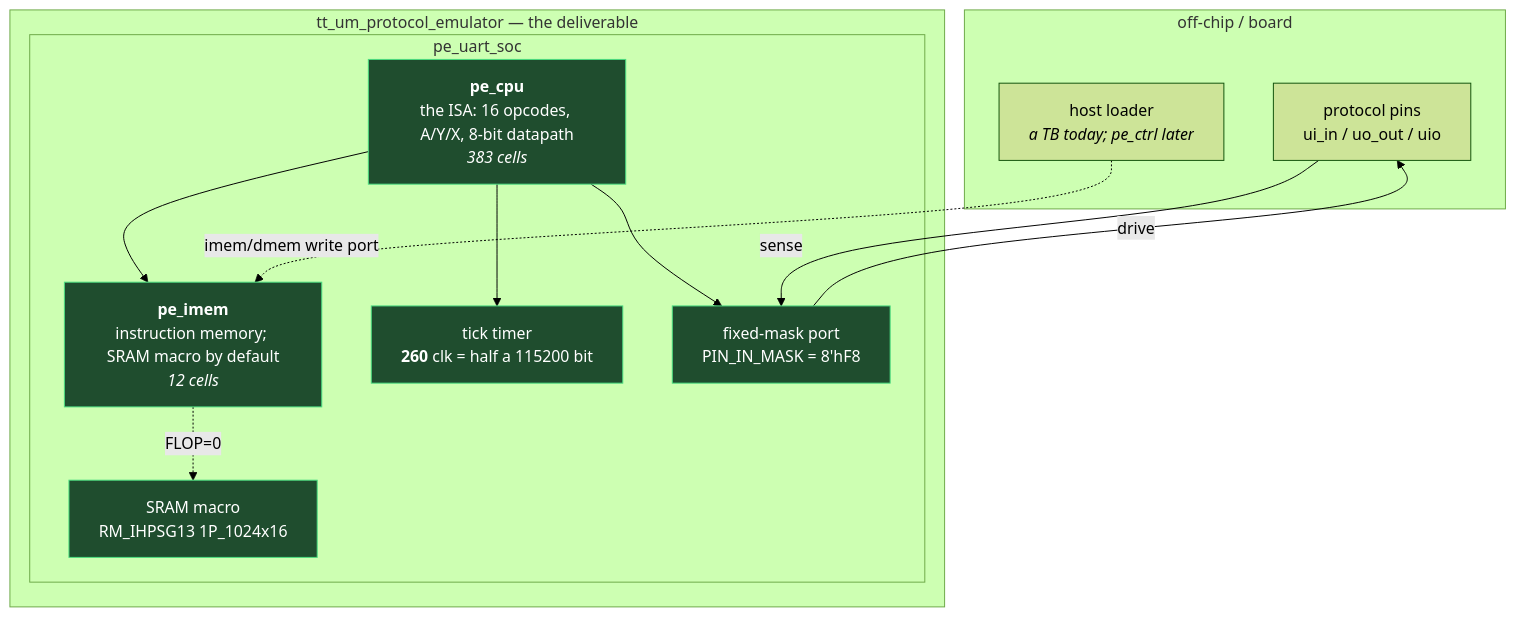
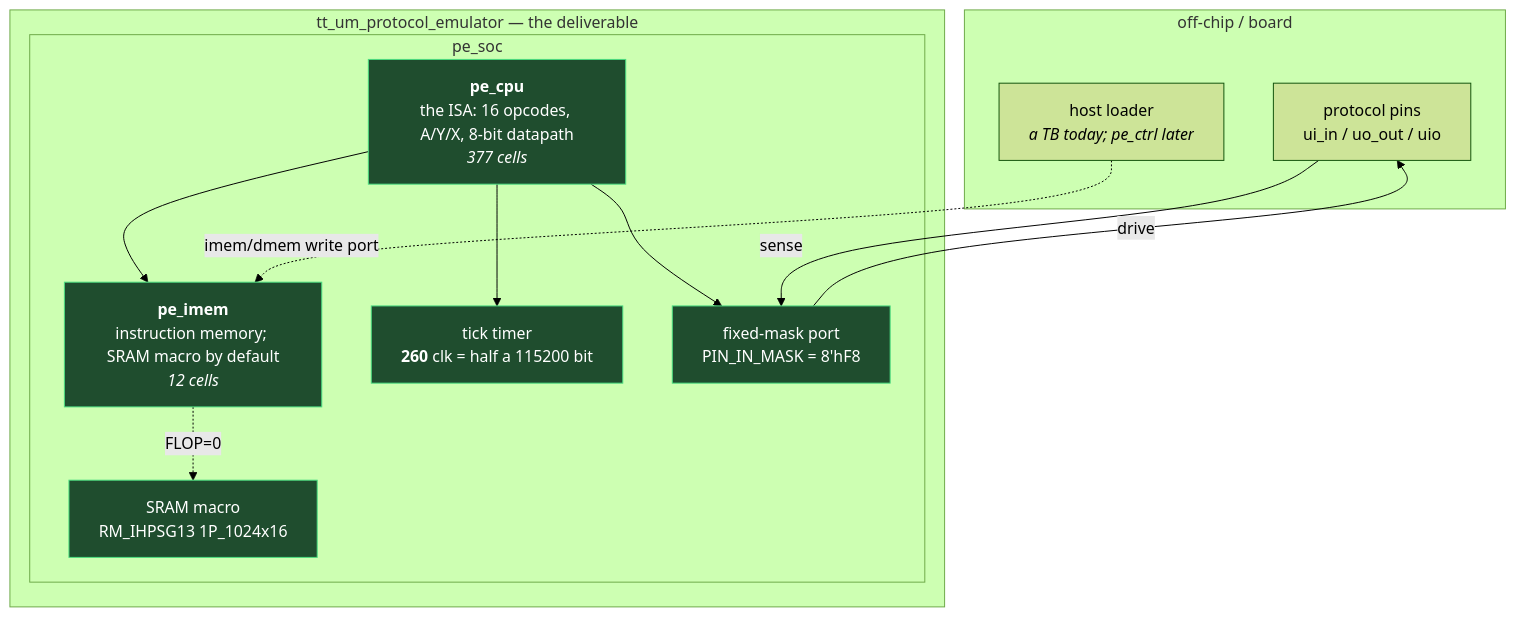
The first of 2 diagrams in wiki/reference/block-diagram.md (smprather/janestreet-blog-serial-protocol-emulator), drawn with Mermaid (forest theme) before and after one commit. The commit also changed other lines of this file and 120 other files, not shown here.

````diff
--- a/wiki/reference/block-diagram.md
+++ b/wiki/reference/block-diagram.md
@@ -30,29 +30,29 @@
 ```mermaid
 flowchart TB
     subgraph BOARD["off-chip / board"]
         HOST["host loader<br/><i>a TB today; pe_ctrl later</i>"]
         WIRE["protocol pins<br/>ui_in / uo_out / uio"]
     end
 
     subgraph TT["tt_um_protocol_emulator — the deliverable"]
-        subgraph SOC["pe_uart_soc"]
-            CPU["<b>pe_cpu</b><br/>the ISA: 16 opcodes, A/Y/X, 8-bit datapath<br/><i>383 cells</i>"]
+        subgraph SOC["pe_soc"]
+            CPU["<b>pe_cpu</b><br/>the ISA: 16 opcodes, A/Y/X, 8-bit datapath<br/><i>377 cells</i>"]
             IMEM["<b>pe_imem</b><br/>instruction memory; SRAM macro by default<br/><i>12 cells</i>"]
             TICK["tick timer<br/><b>260</b> clk = half a 115200 bit"]
             PORT["fixed-mask port<br/>PIN_IN_MASK = 8'hF8"]
             CPU --> IMEM
             CPU --> TICK
             CPU --> PORT
             IMEM -.->|FLOP=0| SRAM
         end
         SRAM["SRAM macro<br/>RM_IHPSG13 1P_1024x16"]
     end
 
     HOST -.->|"imem/dmem write port"| IMEM
     PORT -->|"drive"| WIRE
     WIRE -->|"sense"| PORT
 
     classDef built fill:#1f4d2e,stroke:#4ade80,color:#fff
     classDef plan fill:#4a1f1f,stroke:#f87171,color:#fff,stroke-dasharray: 5 5
     class CPU,IMEM,TICK,PORT,SRAM built
 ```
````
